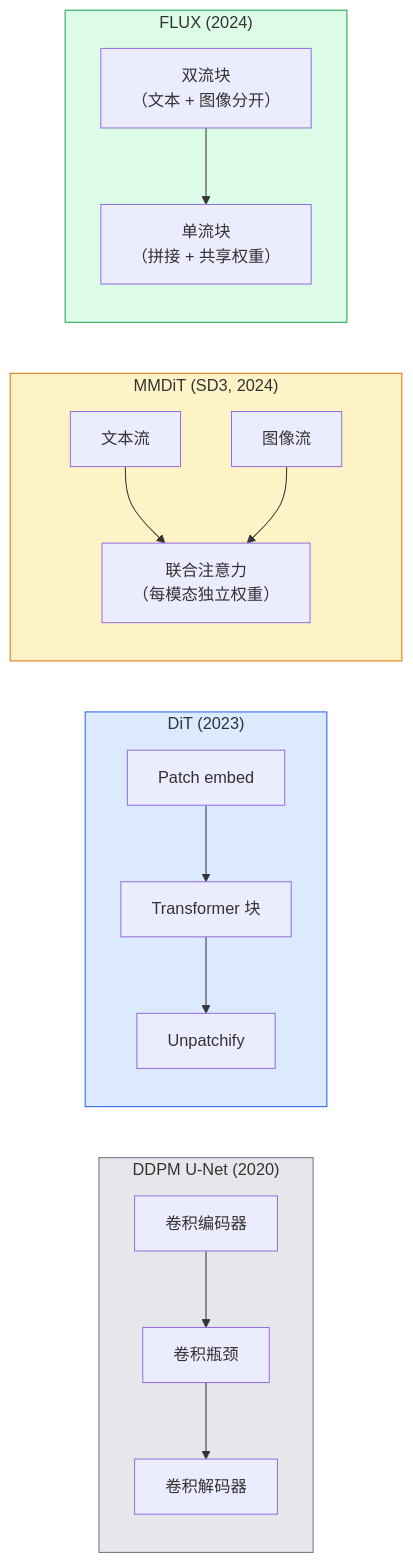
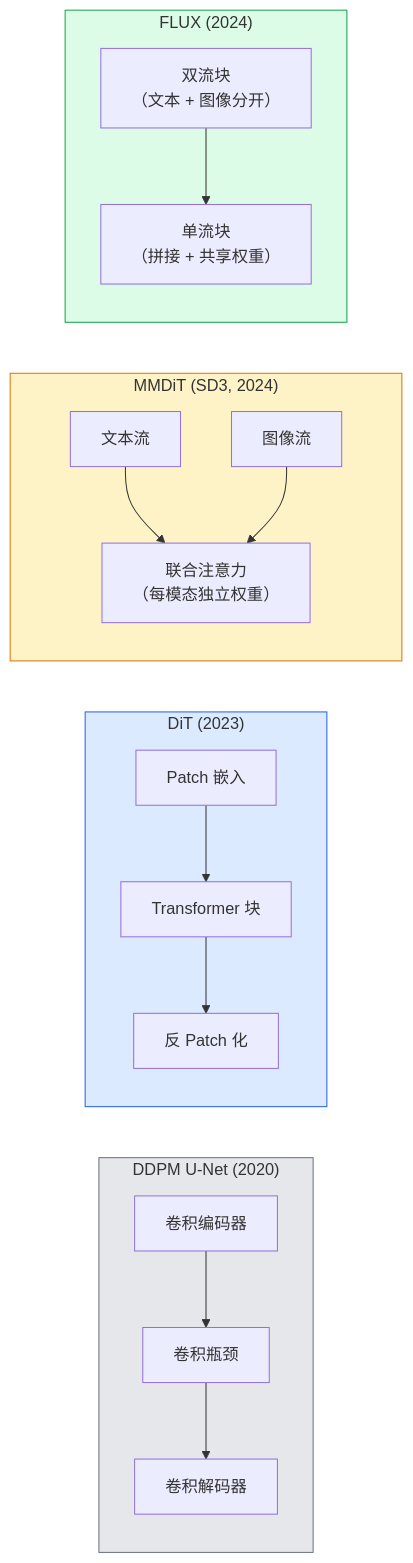
The diagram in phases/04-computer-vision/23-diffusion-transformers-rectified-flow/docs/zh.md (alessandrodinisio-ai/ai-engineering-learning-framework), drawn with Mermaid before and after one commit. The commit also changed 120 other files, not shown here.

First line of the commit message:
i18n(mermaid): 337 个 mermaid 图表标签中文化

````diff
--- a/phases/04-computer-vision/23-diffusion-transformers-rectified-flow/docs/zh.md
+++ b/phases/04-computer-vision/23-diffusion-transformers-rectified-flow/docs/zh.md
@@ -29,21 +29,21 @@
 ```mermaid
 flowchart LR
     subgraph UNET["DDPM U-Net (2020)"]
         U1["卷积编码器"] --> U2["卷积瓶颈"] --> U3["卷积解码器"]
     end
     subgraph DIT["DiT (2023)"]
-        D1["Patch embed"] --> D2["Transformer 块"] --> D3["Unpatchify"]
+        D1["Patch 嵌入"] --> D2["Transformer 块"] --> D3["反 Patch 化"]
     end
     subgraph MMDIT["MMDiT (SD3, 2024)"]
         M1["文本流"] --> M3["联合注意力<br/>（每模态独立权重）"]
         M2["图像流"] --> M3
     end
     subgraph FLUX["FLUX (2024)"]
         F1["双流块<br/>（文本 + 图像分开）"] --> F2["单流块<br/>（拼接 + 共享权重）"]
     end
 
     style UNET fill:#e5e7eb,stroke:#6b7280
     style DIT fill:#dbeafe,stroke:#2563eb
     style MMDIT fill:#fef3c7,stroke:#d97706
     style FLUX fill:#dcfce7,stroke:#16a34a
 ```
````
